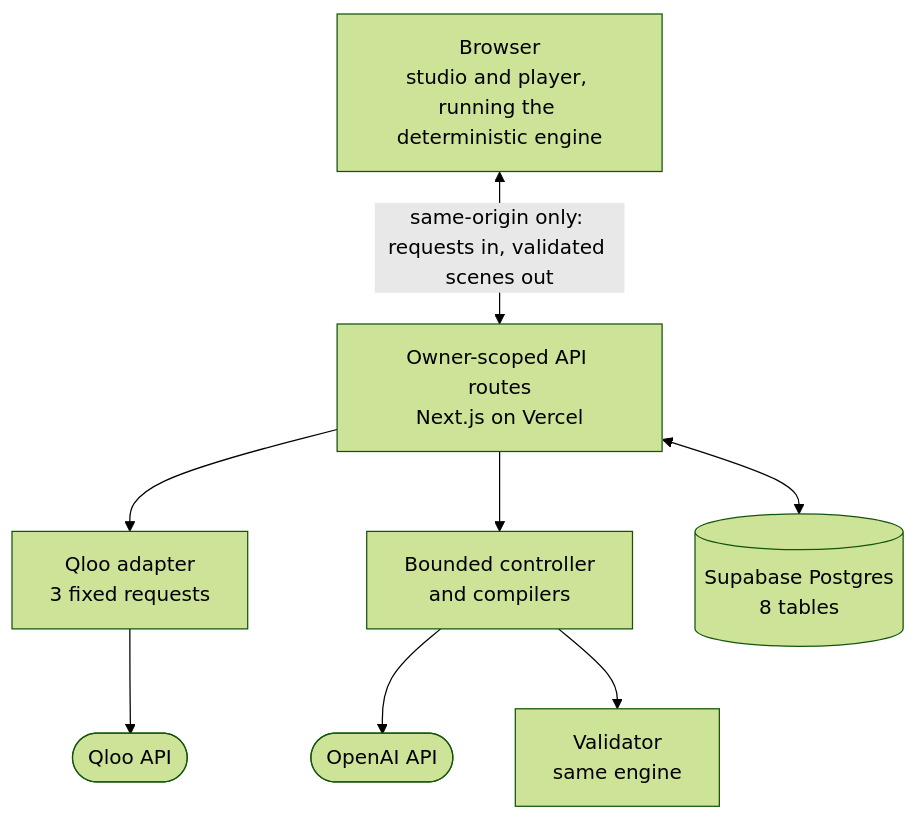
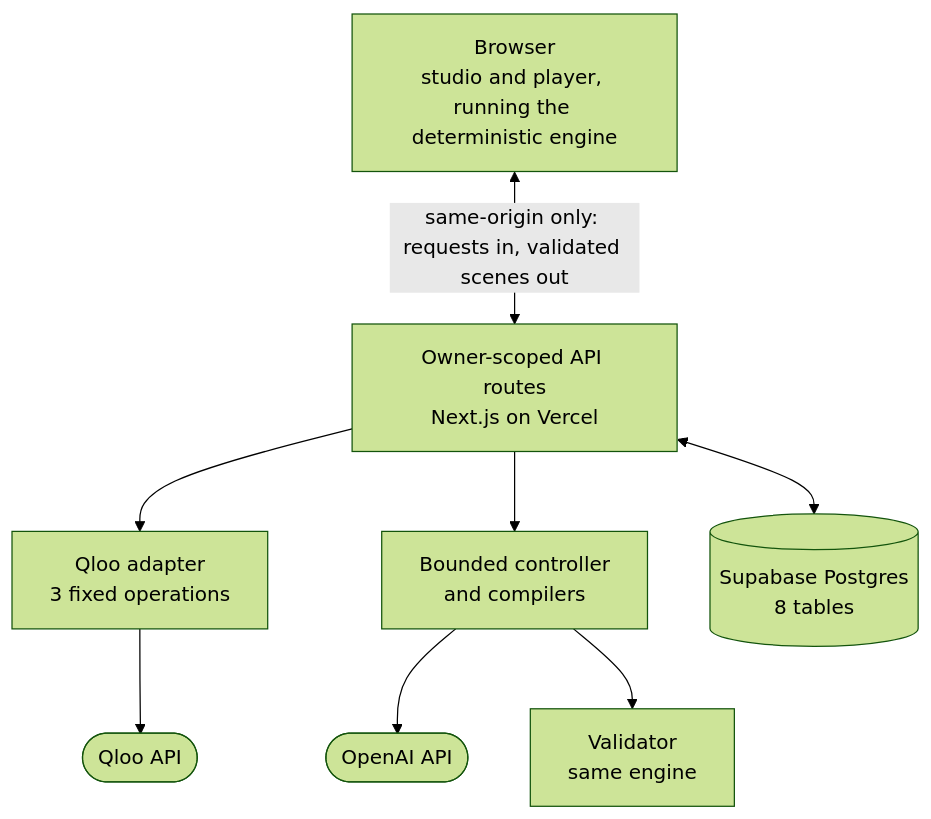
The first of 3 diagrams in README.md (Asembris/FirstPlayable), drawn with Mermaid (forest theme) before and after one commit. The commit also changed other lines of this file, not shown here.

Commit message:
docs: describe the canonical pair, Qloo operations, and offline quickstart precisely

````diff
--- a/README.md
+++ b/README.md
@@ -140,17 +141,17 @@
 ```mermaid
 flowchart TB
     Browser["Browser<br/>studio and player, running the deterministic engine"]
     Routes["Owner-scoped API routes<br/>Next.js on Vercel"]
-    QlooAdapter["Qloo adapter<br/>3 fixed requests"]
+    QlooAdapter["Qloo adapter<br/>3 fixed operations"]
     Controller["Bounded controller<br/>and compilers"]
     DB[("Supabase Postgres<br/>8 tables")]
     Qloo(["Qloo API"])
     OpenAI(["OpenAI API"])
     Validator["Validator<br/>same engine"]
 
     Browser <-->|"same-origin only: requests in, validated scenes out"| Routes
     Routes --> QlooAdapter --> Qloo
     Routes --> Controller --> OpenAI
     Controller --> Validator
     Routes <--> DB
 ```
````
